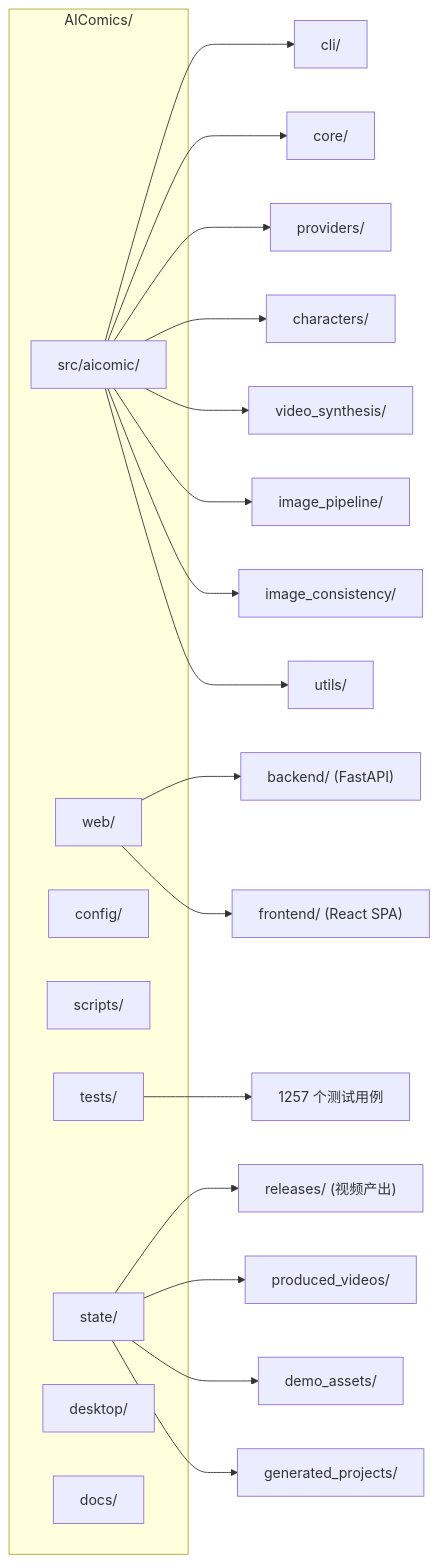
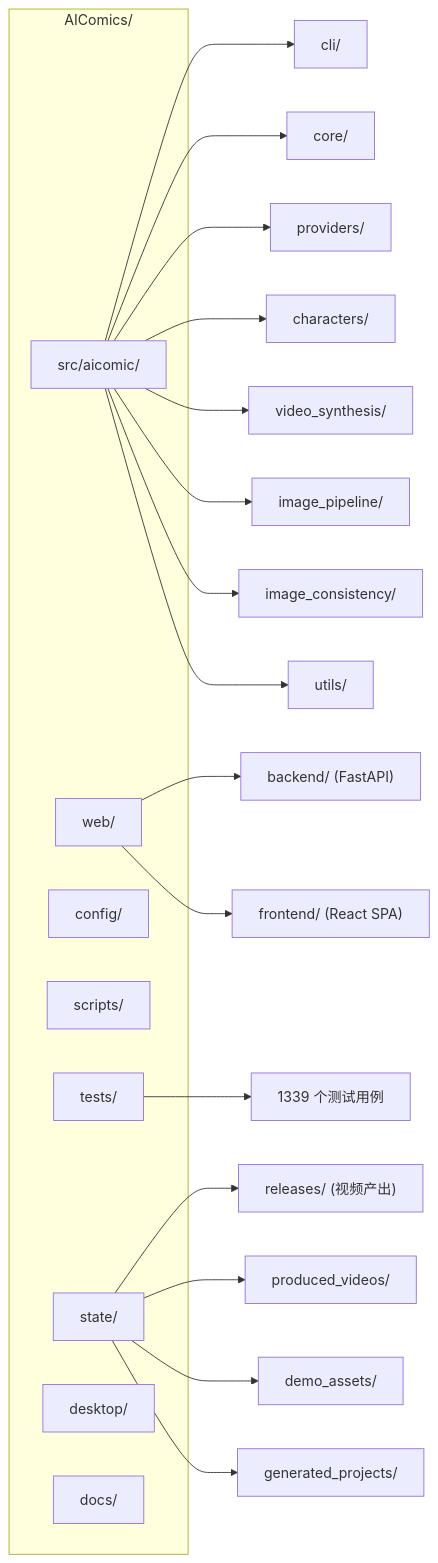
One commit to chfr19820610-cell/AIComics changed the fourth of 4 diagrams in README.md. Above: the diagram before and after it, drawn with Mermaid. The commit also changed other lines of this file and 12 other files, not shown here.

````diff
--- a/README.md
+++ b/README.md
@@ -567,32 +582,32 @@
 ```mermaid
 graph LR
     subgraph Root["AIComics/"]
         SRC["src/aicomic/"]
         WEB["web/"]
         CFG["config/"]
         SCR["scripts/"]
         TST["tests/"]
         ST["state/"]
         DSK["desktop/"]
         DOCS["docs/"]
     end
 
     SRC --> CLI["cli/"]
     SRC --> CORE["core/"]
     SRC --> PROV2["providers/"]
     SRC --> CHAR2["characters/"]
     SRC --> VS["video_synthesis/"]
     SRC --> IMG2["image_pipeline/"]
     SRC --> IC["image_consistency/"]
     SRC --> UTL["utils/"]
 
     WEB --> BE["backend/ (FastAPI)"]
     WEB --> FE["frontend/ (React SPA)"]
 
-    TST --> T1257["1257 个测试用例"]
+    TST --> T1339["1339 个测试用例"]
 
     ST --> REL["releases/ (视频产出)"]
     ST --> PV["produced_videos/"]
     ST --> DA["demo_assets/"]
     ST --> GP["generated_projects/"]
 ```
````
